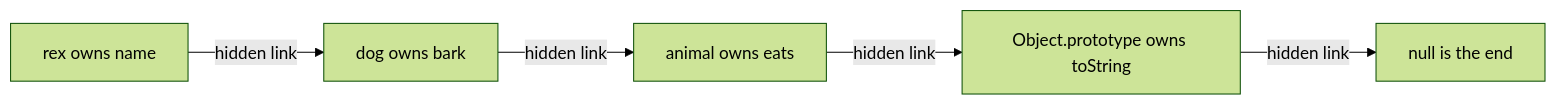
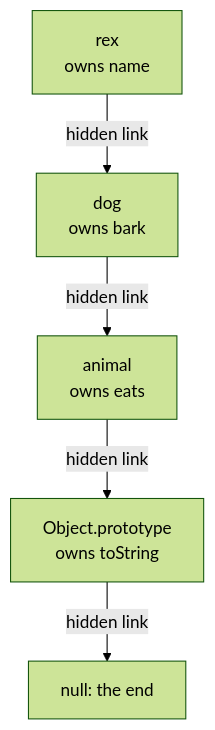
One commit to starjustice/research-material changed the first of 4 diagrams in learn/javascript/07-objects-and-prototypes.md. Above: the diagram before and after it, drawn with Mermaid (forest theme). The commit also changed other lines of this file, not shown here.

````diff
--- a/learn/javascript/07-objects-and-prototypes.md
+++ b/learn/javascript/07-objects-and-prototypes.md
@@ -28,7 +15,7 @@
 ```mermaid
-graph LR
-    R["rex owns name"] -->|hidden link| D["dog owns bark"]
-    D -->|hidden link| A["animal owns eats"]
-    A -->|hidden link| O["Object.prototype owns toString"]
-    O -->|hidden link| N["null is the end"]
+graph TB
+    R["rex<br/>owns name"] -->|hidden link| D["dog<br/>owns bark"]
+    D -->|hidden link| A["animal<br/>owns eats"]
+    A -->|hidden link| O["Object.prototype<br/>owns toString"]
+    O -->|hidden link| N["null: the end"]
 ```
````
